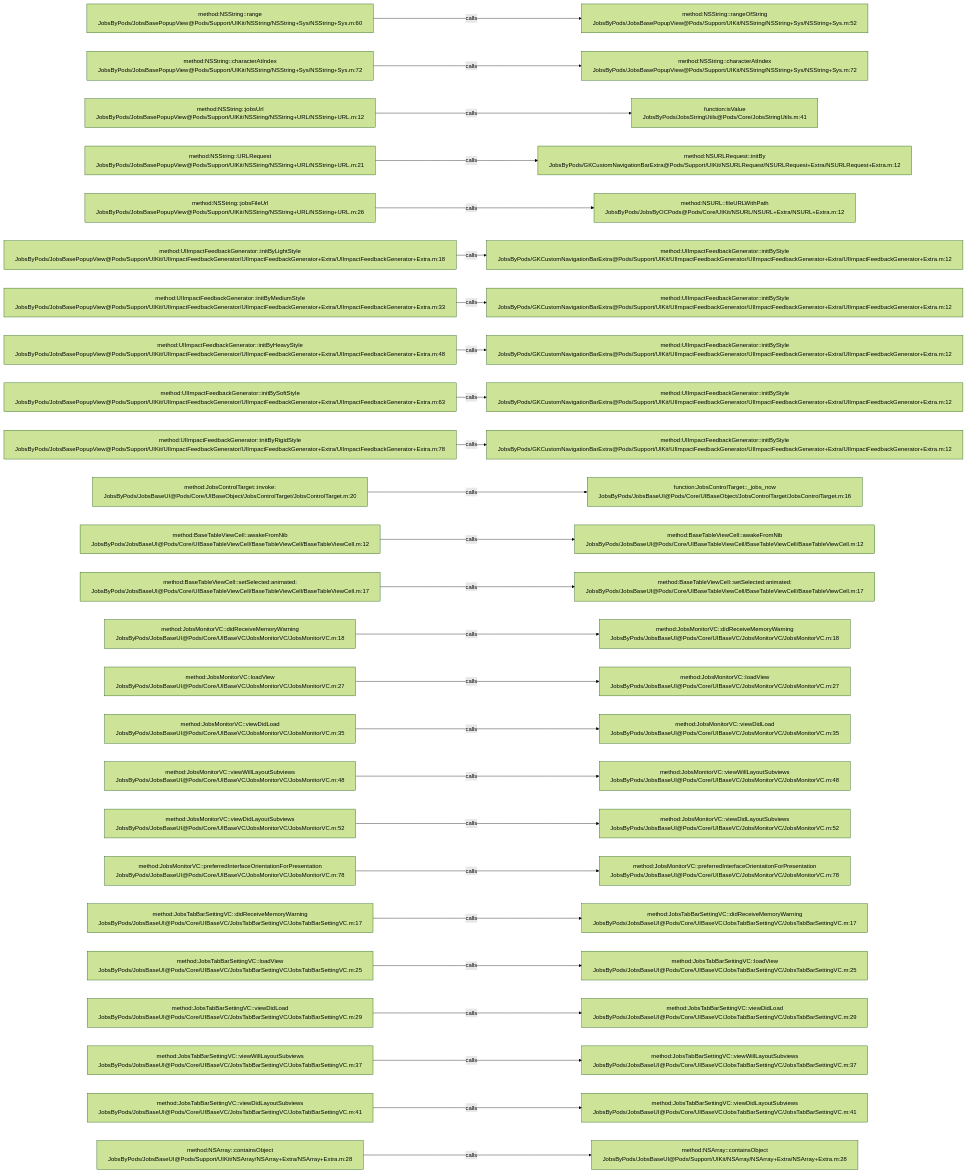
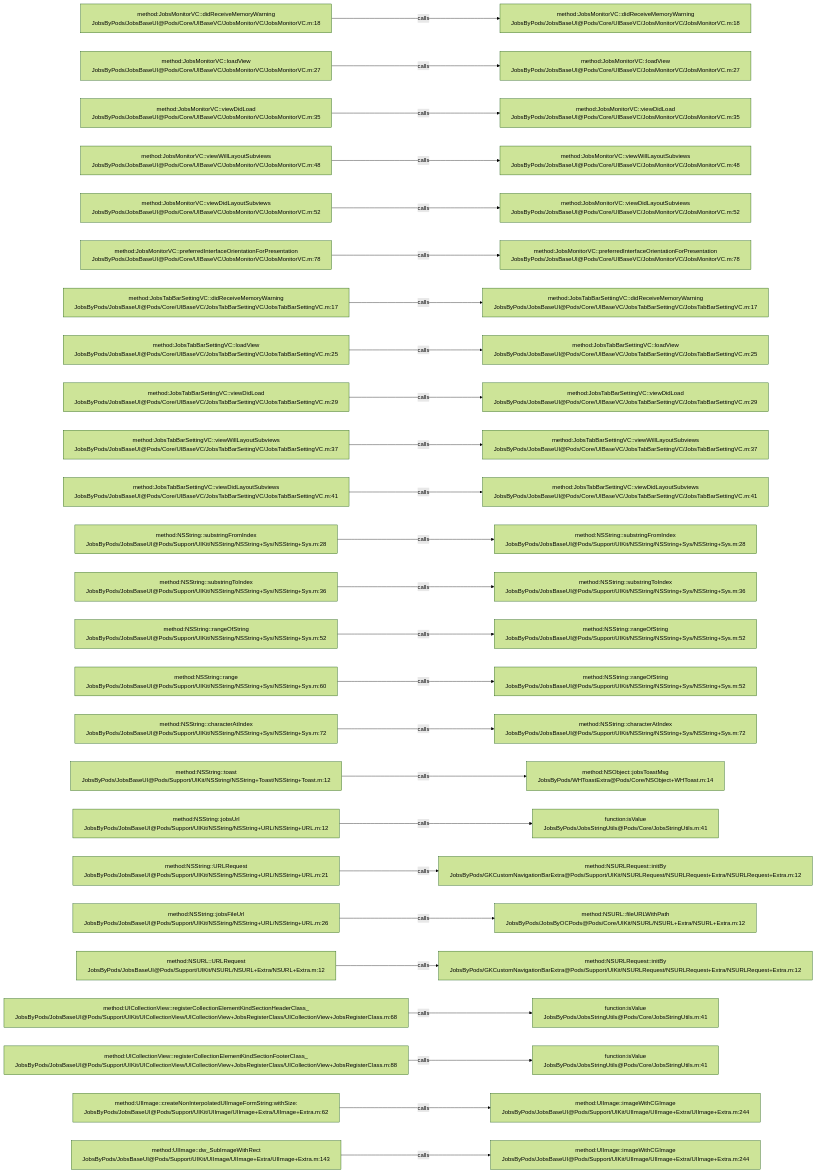
The diagram in .codegraph/codegraph.md/graphs/calls-003.md (JobsKits/JobsOCBaseConfigDemo), drawn with Mermaid (forest theme) before and after one commit. The commit also changed 1223 other files, not shown here.

````diff
--- a/.codegraph/codegraph.md/graphs/calls-003.md
+++ b/.codegraph/codegraph.md/graphs/calls-003.md
@@ -13,78 +13,78 @@
 ```mermaid
 flowchart LR
-  S1["method:NSString::range<br/>JobsByPods/JobsBasePopupView@Pods/Support/UIKit/NSString/NSString+Sys/NSString+Sys.m:60"]
-  T1["method:NSString::rangeOfString<br/>JobsByPods/JobsBasePopupView@Pods/Support/UIKit/NSString/NSString+Sys/NSString+Sys.m:52"]
+  S1["method:JobsMonitorVC::didReceiveMemoryWarning<br/>JobsByPods/JobsBaseUI@Pods/Core/UIBaseVC/JobsMonitorVC/JobsMonitorVC.m:18"]
+  T1["method:JobsMonitorVC::didReceiveMemoryWarning<br/>JobsByPods/JobsBaseUI@Pods/Core/UIBaseVC/JobsMonitorVC/JobsMonitorVC.m:18"]
   S1 -->|calls| T1
-  S2["method:NSString::characterAtIndex<br/>JobsByPods/JobsBasePopupView@Pods/Support/UIKit/NSString/NSString+Sys/NSString+Sys.m:72"]
-  T2["method:NSString::characterAtIndex<br/>JobsByPods/JobsBasePopupView@Pods/Support/UIKit/NSString/NSString+Sys/NSString+Sys.m:72"]
+  S2["method:JobsMonitorVC::loadView<br/>JobsByPods/JobsBaseUI@Pods/Core/UIBaseVC/JobsMonitorVC/JobsMonitorVC.m:27"]
+  T2["method:JobsMonitorVC::loadView<br/>JobsByPods/JobsBaseUI@Pods/Core/UIBaseVC/JobsMonitorVC/JobsMonitorVC.m:27"]
   S2 -->|calls| T2
-  S3["method:NSString::jobsUrl<br/>JobsByPods/JobsBasePopupView@Pods/Support/UIKit/NSString/NSString+URL/NSString+URL.m:12"]
-  T3["function:isValue<br/>JobsByPods/JobsStringUtils@Pods/Core/JobsStringUtils.m:41"]
+  S3["method:JobsMonitorVC::viewDidLoad<br/>JobsByPods/JobsBaseUI@Pods/Core/UIBaseVC/JobsMonitorVC/JobsMonitorVC.m:35"]
+  T3["method:JobsMonitorVC::viewDidLoad<br/>JobsByPods/JobsBaseUI@Pods/Core/UIBaseVC/JobsMonitorVC/JobsMonitorVC.m:35"]
   S3 -->|calls| T3
-  S4["method:NSString::URLRequest<br/>JobsByPods/JobsBasePopupView@Pods/Support/UIKit/NSString/NSString+URL/NSString+URL.m:21"]
-  T4["method:NSURLRequest::initBy<br/>JobsByPods/GKCustomNavigationBarExtra@Pods/Support/UIKit/NSURLRequest/NSURLRequest+Extra/NSURLRequest+Extra.m:12"]
+  S4["method:JobsMonitorVC::viewWillLayoutSubviews<br/>JobsByPods/JobsBaseUI@Pods/Core/UIBaseVC/JobsMonitorVC/JobsMonitorVC.m:48"]
+  T4["method:JobsMonitorVC::viewWillLayoutSubviews<br/>JobsByPods/JobsBaseUI@Pods/Core/UIBaseVC/JobsMonitorVC/JobsMonitorVC.m:48"]
   S4 -->|calls| T4
-  S5["method:NSString::jobsFileUrl<br/>JobsByPods/JobsBasePopupView@Pods/Support/UIKit/NSString/NSString+URL/NSString+URL.m:26"]
-  T5["method:NSURL::fileURLWithPath<br/>JobsByPods/JobsByOCPods@Pods/Core/UIKit/NSURL/NSURL+Extra/NSURL+Extra.m:12"]
+  S5["method:JobsMonitorVC::viewDidLayoutSubviews<br/>JobsByPods/JobsBaseUI@Pods/Core/UIBaseVC/JobsMonitorVC/JobsMonitorVC.m:52"]
+  T5["method:JobsMonitorVC::viewDidLayoutSubviews<br/>JobsByPods/JobsBaseUI@Pods/Core/UIBaseVC/JobsMonitorVC/JobsMonitorVC.m:52"]
   S5 -->|calls| T5
-  S6["method:UIImpactFeedbackGenerator::initByLightStyle<br/>JobsByPods/JobsBasePopupView@Pods/Support/UIKit/UIImpactFeedbackGenerator/UIImpactFeedbackGenerator+Extra/UIImpactFeedbackGenerator+Extra.m:18"]
-  T6["method:UIImpactFeedbackGenerator::initByStyle<br/>JobsByPods/GKCustomNavigationBarExtra@Pods/Support/UIKit/UIImpactFeedbackGenerator/UIImpactFeedbackGenerator+Extra/UIImpactFeedbackGenerator+Extra.m:12"]
+  S6["method:JobsMonitorVC::preferredInterfaceOrientationForPresentation<br/>JobsByPods/JobsBaseUI@Pods/Core/UIBaseVC/JobsMonitorVC/JobsMonitorVC.m:78"]
+  T6["method:JobsMonitorVC::preferredInterfaceOrientationForPresentation<br/>JobsByPods/JobsBaseUI@Pods/Core/UIBaseVC/JobsMonitorVC/JobsMonitorVC.m:78"]
   S6 -->|calls| T6
-  S7["method:UIImpactFeedbackGenerator::initByMediumStyle<br/>JobsByPods/JobsBasePopupView@Pods/Support/UIKit/UIImpactFeedbackGenerator/UIImpactFeedbackGenerator+Extra/UIImpactFeedbackGenerator+Extra.m:33"]
-  T7["method:UIImpactFeedbackGenerator::initByStyle<br/>JobsByPods/GKCustomNavigationBarExtra@Pods/Support/UIKit/UIImpactFeedbackGenerator/UIImpactFeedbackGenerator+Extra/UIImpactFeedbackGenerator+Extra.m:12"]
+  S7["method:JobsTabBarSettingVC::didReceiveMemoryWarning<br/>JobsByPods/JobsBaseUI@Pods/Core/UIBaseVC/JobsTabBarSettingVC/JobsTabBarSettingVC.m:17"]
+  T7["method:JobsTabBarSettingVC::didReceiveMemoryWarning<br/>JobsByPods/JobsBaseUI@Pods/Core/UIBaseVC/JobsTabBarSettingVC/JobsTabBarSettingVC.m:17"]
   S7 -->|calls| T7
-  S8["method:UIImpactFeedbackGenerator::initByHeavyStyle<br/>JobsByPods/JobsBasePopupView@Pods/Support/UIKit/UIImpactFeedbackGenerator/UIImpactFeedbackGenerator+Extra/UIImpactFeedbackGenerator+Extra.m:48"]
-  T8["method:UIImpactFeedbackGenerator::initByStyle<br/>JobsByPods/GKCustomNavigationBarExtra@Pods/Support/UIKit/UIImpactFeedbackGenerator/UIImpactFeedbackGenerator+Extra/UIImpactFeedbackGenerator+Extra.m:12"]
+  S8["method:JobsTabBarSettingVC::loadView<br/>JobsByPods/JobsBaseUI@Pods/Core/UIBaseVC/JobsTabBarSettingVC/JobsTabBarSettingVC.m:25"]
+  T8["method:JobsTabBarSettingVC::loadView<br/>JobsByPods/JobsBaseUI@Pods/Core/UIBaseVC/JobsTabBarSettingVC/JobsTabBarSettingVC.m:25"]
   S8 -->|calls| T8
-  S9["method:UIImpactFeedbackGenerator::initBySoftStyle<br/>JobsByPods/JobsBasePopupView@Pods/Support/UIKit/UIImpactFeedbackGenerator/UIImpactFeedbackGenerator+Extra/UIImpactFeedbackGenerator+Extra.m:63"]
-  T9["method:UIImpactFeedbackGenerator::initByStyle<br/>JobsByPods/GKCustomNavigationBarExtra@Pods/Support/UIKit/UIImpactFeedbackGenerator/UIImpactFeedbackGenerator+Extra/UIImpactFeedbackGenerator+Extra.m:12"]
+  S9["method:JobsTabBarSettingVC::viewDidLoad<br/>JobsByPods/JobsBaseUI@Pods/Core/UIBaseVC/JobsTabBarSettingVC/JobsTabBarSettingVC.m:29"]
+  T9["method:JobsTabBarSettingVC::viewDidLoad<br/>JobsByPods/JobsBaseUI@Pods/Core/UIBaseVC/JobsTabBarSettingVC/JobsTabBarSettingVC.m:29"]
   S9 -->|calls| T9
-  S10["method:UIImpactFeedbackGenerator::initByRigidStyle<br/>JobsByPods/JobsBasePopupView@Pods/Support/UIKit/UIImpactFeedbackGenerator/UIImpactFeedbackGenerator+Extra/UIImpactFeedbackGenerator+Extra.m:78"]
-  T10["method:UIImpactFeedbackGenerator::initByStyle<br/>JobsByPods/GKCustomNavigationBarExtra@Pods/Support/UIKit/UIImpactFeedbackGenerator/UIImpactFeedbackGenerator+Extra/UIImpactFeedbackGenerator+Extra.m:12"]
+  S10["method:JobsTabBarSettingVC::viewWillLayoutSubviews<br/>JobsByPods/JobsBaseUI@Pods/Core/UIBaseVC/JobsTabBarSettingVC/JobsTabBarSettingVC.m:37"]
+  T10["method:JobsTabBarSettingVC::viewWillLayoutSubviews<br/>JobsByPods/JobsBaseUI@Pods/Core/UIBaseVC/JobsTabBarSettingVC/JobsTabBarSettingVC.m:37"]
   S10 -->|calls| T10
-  S11["method:JobsControlTarget::invoke:<br/>JobsByPods/JobsBaseUI@Pods/Core/UIBaseObject/JobsControlTarget/JobsControlTarget.m:20"]
-  T11["function:JobsControlTarget::_jobs_now<br/>JobsByPods/JobsBaseUI@Pods/Core/UIBaseObject/JobsControlTarget/JobsControlTarget.m:16"]
+  S11["method:JobsTabBarSettingVC::viewDidLayoutSubviews<br/>JobsByPods/JobsBaseUI@Pods/Core/UIBaseVC/JobsTabBarSettingVC/JobsTabBarSettingVC.m:41"]
+  T11["method:JobsTabBarSettingVC::viewDidLayoutSubviews<br/>JobsByPods/JobsBaseUI@Pods/Core/UIBaseVC/JobsTabBarSettingVC/JobsTabBarSettingVC.m:41"]
   S11 -->|calls| T11
-  S12["method:BaseTableViewCell::awakeFromNib<br/>JobsByPods/JobsBaseUI@Pods/Core/UIBaseTableViewCell/BaseTableViewCell/BaseTableViewCell.m:12"]
-  T12["method:BaseTableViewCell::awakeFromNib<br/>JobsByPods/JobsBaseUI@Pods/Core/UIBaseTableViewCell/BaseTableViewCell/BaseTableViewCell.m:12"]
+  S12["method:NSString::substringFromIndex<br/>JobsByPods/JobsBaseUI@Pods/Support/UIKit/NSString/NSString+Sys/NSString+Sys.m:28"]
+  T12["method:NSString::substringFromIndex<br/>JobsByPods/JobsBaseUI@Pods/Support/UIKit/NSString/NSString+Sys/NSString+Sys.m:28"]
   S12 -->|calls| T12
-  S13["method:BaseTableViewCell::setSelected:animated:<br/>JobsByPods/JobsBaseUI@Pods/Core/UIBaseTableViewCell/BaseTableViewCell/BaseTableViewCell.m:17"]
-  T13["method:BaseTableViewCell::setSelected:animated:<br/>JobsByPods/JobsBaseUI@Pods/Core/UIBaseTableViewCell/BaseTableViewCell/BaseTableViewCell.m:17"]
+  S13["method:NSString::substringToIndex<br/>JobsByPods/JobsBaseUI@Pods/Support/UIKit/NSString/NSString+Sys/NSString+Sys.m:36"]
+  T13["method:NSString::substringToIndex<br/>JobsByPods/JobsBaseUI@Pods/Support/UIKit/NSString/NSString+Sys/NSString+Sys.m:36"]
   S13 -->|calls| T13
-  S14["method:JobsMonitorVC::didReceiveMemoryWarning<br/>JobsByPods/JobsBaseUI@Pods/Core/UIBaseVC/JobsMonitorVC/JobsMonitorVC.m:18"]
-  T14["method:JobsMonitorVC::didReceiveMemoryWarning<br/>JobsByPods/JobsBaseUI@Pods/Core/UIBaseVC/JobsMonitorVC/JobsMonitorVC.m:18"]
+  S14["method:NSString::rangeOfString<br/>JobsByPods/JobsBaseUI@Pods/Support/UIKit/NSString/NSString+Sys/NSString+Sys.m:52"]
+  T14["method:NSString::rangeOfString<br/>JobsByPods/JobsBaseUI@Pods/Support/UIKit/NSString/NSString+Sys/NSString+Sys.m:52"]
   S14 -->|calls| T14
-  S15["method:JobsMonitorVC::loadView<br/>JobsByPods/JobsBaseUI@Pods/Core/UIBaseVC/JobsMonitorVC/JobsMonitorVC.m:27"]
-  T15["method:JobsMonitorVC::loadView<br/>JobsByPods/JobsBaseUI@Pods/Core/UIBaseVC/JobsMonitorVC/JobsMonitorVC.m:27"]
+  S15["method:NSString::range<br/>JobsByPods/JobsBaseUI@Pods/Support/UIKit/NSString/NSString+Sys/NSString+Sys.m:60"]
+  T15["method:NSString::rangeOfString<br/>JobsByPods/JobsBaseUI@Pods/Support/UIKit/NSString/NSString+Sys/NSString+Sys.m:52"]
   S15 -->|calls| T15
-  S16["method:JobsMonitorVC::viewDidLoad<br/>JobsByPods/JobsBaseUI@Pods/Core/UIBaseVC/JobsMonitorVC/JobsMonitorVC.m:35"]
-  T16["method:JobsMonitorVC::viewDidLoad<br/>JobsByPods/JobsBaseUI@Pods/Core/UIBaseVC/JobsMonitorVC/JobsMonitorVC.m:35"]
+  S16["method:NSString::characterAtIndex<br/>JobsByPods/JobsBaseUI@Pods/Support/UIKit/NSString/NSString+Sys/NSString+Sys.m:72"]
+  T16["method:NSString::characterAtIndex<br/>JobsByPods/JobsBaseUI@Pods/Support/UIKit/NSString/NSString+Sys/NSString+Sys.m:72"]
   S16 -->|calls| T16
-  S17["method:JobsMonitorVC::viewWillLayoutSubviews<br/>JobsByPods/JobsBaseUI@Pods/Core/UIBaseVC/JobsMonitorVC/JobsMonitorVC.m:48"]
-  T17["method:JobsMonitorVC::viewWillLayoutSubviews<br/>JobsByPods/JobsBaseUI@Pods/Core/UIBaseVC/JobsMonitorVC/JobsMonitorVC.m:48"]
+  S17["method:NSString::toast<br/>JobsByPods/JobsBaseUI@Pods/Support/UIKit/NSString/NSString+Toast/NSString+Toast.m:12"]
+  T17["method:NSObject::jobsToastMsg<br/>JobsByPods/WHToastExtra@Pods/Core/NSObject+WHToast.m:14"]
   S17 -->|calls| T17
-  S18["method:JobsMonitorVC::viewDidLayoutSubviews<br/>JobsByPods/JobsBaseUI@Pods/Core/UIBaseVC/JobsMonitorVC/JobsMonitorVC.m:52"]
-  T18["method:JobsMonitorVC::viewDidLayoutSubviews<br/>JobsByPods/JobsBaseUI@Pods/Core/UIBaseVC/JobsMonitorVC/JobsMonitorVC.m:52"]
+  S18["method:NSString::jobsUrl<br/>JobsByPods/JobsBaseUI@Pods/Support/UIKit/NSString/NSString+URL/NSString+URL.m:12"]
+  T18["function:isValue<br/>JobsByPods/JobsStringUtils@Pods/Core/JobsStringUtils.m:41"]
   S18 -->|calls| T18
-  S19["method:JobsMonitorVC::preferredInterfaceOrientationForPresentation<br/>JobsByPods/JobsBaseUI@Pods/Core/UIBaseVC/JobsMonitorVC/JobsMonitorVC.m:78"]
-  T19["method:JobsMonitorVC::preferredInterfaceOrientationForPresentation<br/>JobsByPods/JobsBaseUI@Pods/Core/UIBaseVC/JobsMonitorVC/JobsMonitorVC.m:78"]
+  S19["method:NSString::URLRequest<br/>JobsByPods/JobsBaseUI@Pods/Support/UIKit/NSString/NSString+URL/NSString+URL.m:21"]
+  T19["method:NSURLRequest::initBy<br/>JobsByPods/GKCustomNavigationBarExtra@Pods/Support/UIKit/NSURLRequest/NSURLRequest+Extra/NSURLRequest+Extra.m:12"]
   S19 -->|calls| T19
-  S20["method:JobsTabBarSettingVC::didReceiveMemoryWarning<br/>JobsByPods/JobsBaseUI@Pods/Core/UIBaseVC/JobsTabBarSettingVC/JobsTabBarSettingVC.m:17"]
-  T20["method:JobsTabBarSettingVC::didReceiveMemoryWarning<br/>JobsByPods/JobsBaseUI@Pods/Core/UIBaseVC/JobsTabBarSettingVC/JobsTabBarSettingVC.m:17"]
+  S20["method:NSString::jobsFileUrl<br/>JobsByPods/JobsBaseUI@Pods/Support/UIKit/NSString/NSString+URL/NSString+URL.m:26"]
+  T20["method:NSURL::fileURLWithPath<br/>JobsByPods/JobsByOCPods@Pods/Core/UIKit/NSURL/NSURL+Extra/NSURL+Extra.m:12"]
   S20 -->|calls| T20
-  S21["method:JobsTabBarSettingVC::loadView<br/>JobsByPods/JobsBaseUI@Pods/Core/UIBaseVC/JobsTabBarSettingVC/JobsTabBarSettingVC.m:25"]
-  T21["method:JobsTabBarSettingVC::loadView<br/>JobsByPods/JobsBaseUI@Pods/Core/UIBaseVC/JobsTabBarSettingVC/JobsTabBarSettingVC.m:25"]
+  S21["method:NSURL::URLRequest<br/>JobsByPods/JobsBaseUI@Pods/Support/UIKit/NSURL/NSURL+Extra/NSURL+Extra.m:12"]
+  T21["method:NSURLRequest::initBy<br/>JobsByPods/GKCustomNavigationBarExtra@Pods/Support/UIKit/NSURLRequest/NSURLRequest+Extra/NSURLRequest+Extra.m:12"]
   S21 -->|calls| T21
-  S22["method:JobsTabBarSettingVC::viewDidLoad<br/>JobsByPods/JobsBaseUI@Pods/Core/UIBaseVC/JobsTabBarSettingVC/JobsTabBarSettingVC.m:29"]
-  T22["method:JobsTabBarSettingVC::viewDidLoad<br/>JobsByPods/JobsBaseUI@Pods/Core/UIBaseVC/JobsTabBarSettingVC/JobsTabBarSettingVC.m:29"]
+  S22["method:UICollectionView::registerCollectionElementKindSectionHeaderClass_<br/>JobsByPods/JobsBaseUI@Pods/Support/UIKit/UICollectionView/UICollectionView+JobsRegisterClass/UICollectionView+JobsRegisterClass.m:68"]
+  T22["function:isValue<br/>JobsByPods/JobsStringUtils@Pods/Core/JobsStringUtils.m:41"]
   S22 -->|calls| T22
-  S23["method:JobsTabBarSettingVC::viewWillLayoutSubviews<br/>JobsByPods/JobsBaseUI@Pods/Core/UIBaseVC/JobsTabBarSettingVC/JobsTabBarSettingVC.m:37"]
-  T23["method:JobsTabBarSettingVC::viewWillLayoutSubviews<br/>JobsByPods/JobsBaseUI@Pods/Core/UIBaseVC/JobsTabBarSettingVC/JobsTabBarSettingVC.m:37"]
+  S23["method:UICollectionView::registerCollectionElementKindSectionFooterClass_<br/>JobsByPods/JobsBaseUI@Pods/Support/UIKit/UICollectionView/UICollectionView+JobsRegisterClass/UICollectionView+JobsRegisterClass.m:88"]
+  T23["function:isValue<br/>JobsByPods/JobsStringUtils@Pods/Core/JobsStringUtils.m:41"]
   S23 -->|calls| T23
-  S24["method:JobsTabBarSettingVC::viewDidLayoutSubviews<br/>JobsByPods/JobsBaseUI@Pods/Core/UIBaseVC/JobsTabBarSettingVC/JobsTabBarSettingVC.m:41"]
-  T24["method:JobsTabBarSettingVC::viewDidLayoutSubviews<br/>JobsByPods/JobsBaseUI@Pods/Core/UIBaseVC/JobsTabBarSettingVC/JobsTabBarSettingVC.m:41"]
+  S24["method:UIImage::createNonInterpolatedUIImageFormString:withSize:<br/>JobsByPods/JobsBaseUI@Pods/Support/UIKit/UIImage/UIImage+Extra/UIImage+Extra.m:62"]
+  T24["method:UIImage::imageWithCGImage<br/>JobsByPods/JobsBaseUI@Pods/Support/UIKit/UIImage/UIImage+Extra/UIImage+Extra.m:244"]
   S24 -->|calls| T24
-  S25["method:NSArray::containsObject<br/>JobsByPods/JobsBaseUI@Pods/Support/UIKit/NSArray/NSArray+Extra/NSArray+Extra.m:28"]
-  T25["method:NSArray::containsObject<br/>JobsByPods/JobsBaseUI@Pods/Support/UIKit/NSArray/NSArray+Extra/NSArray+Extra.m:28"]
+  S25["method:UIImage::dw_SubImageWithRect<br/>JobsByPods/JobsBaseUI@Pods/Support/UIKit/UIImage/UIImage+Extra/UIImage+Extra.m:143"]
+  T25["method:UIImage::imageWithCGImage<br/>JobsByPods/JobsBaseUI@Pods/Support/UIKit/UIImage/UIImage+Extra/UIImage+Extra.m:244"]
   S25 -->|calls| T25
 ```
````
